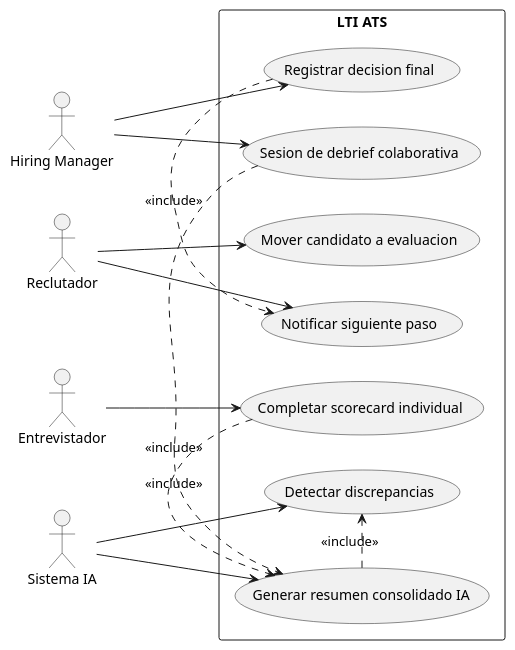
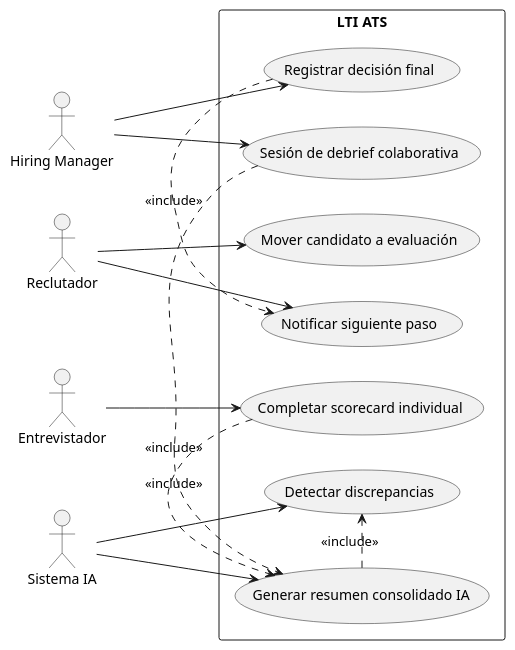
The fourth of 9 diagrams in lti/LTI-DMM/LTI-DMM.md (mrbicho/AI4Devs-design-1-202602-Seniors), drawn with PlantUML before and after one commit. The commit also changed other lines of this file and 1 other file, not shown here.

````diff
--- a/lti/LTI-DMM/LTI-DMM.md
+++ b/lti/LTI-DMM/LTI-DMM.md
@@ -476,31 +476,31 @@
 ```plantuml
 @startuml
 left to right direction
 actor "Hiring Manager" as HM
 actor Reclutador
 actor Entrevistador
 actor "Sistema IA" as IA
 
 rectangle "LTI ATS" {
-  usecase "Mover candidato a evaluacion" as UC1
+  usecase "Mover candidato a evaluación" as UC1
   usecase "Completar scorecard individual" as UC2
   usecase "Generar resumen consolidado IA" as UC3
   usecase "Detectar discrepancias" as UC4
-  usecase "Sesion de debrief colaborativa" as UC5
-  usecase "Registrar decision final" as UC6
+  usecase "Sesión de debrief colaborativa" as UC5
+  usecase "Registrar decisión final" as UC6
   usecase "Notificar siguiente paso" as UC7
 }
 
 Reclutador --> UC1
 Entrevistador --> UC2
 HM --> UC5
 HM --> UC6
 Reclutador --> UC7
 IA --> UC3
 IA --> UC4
 UC2 .> UC3 : <<include>>
 UC3 .> UC4 : <<include>>
 UC5 .> UC3 : <<include>>
 UC6 .> UC7 : <<include>>
 @enduml
 ```
````
